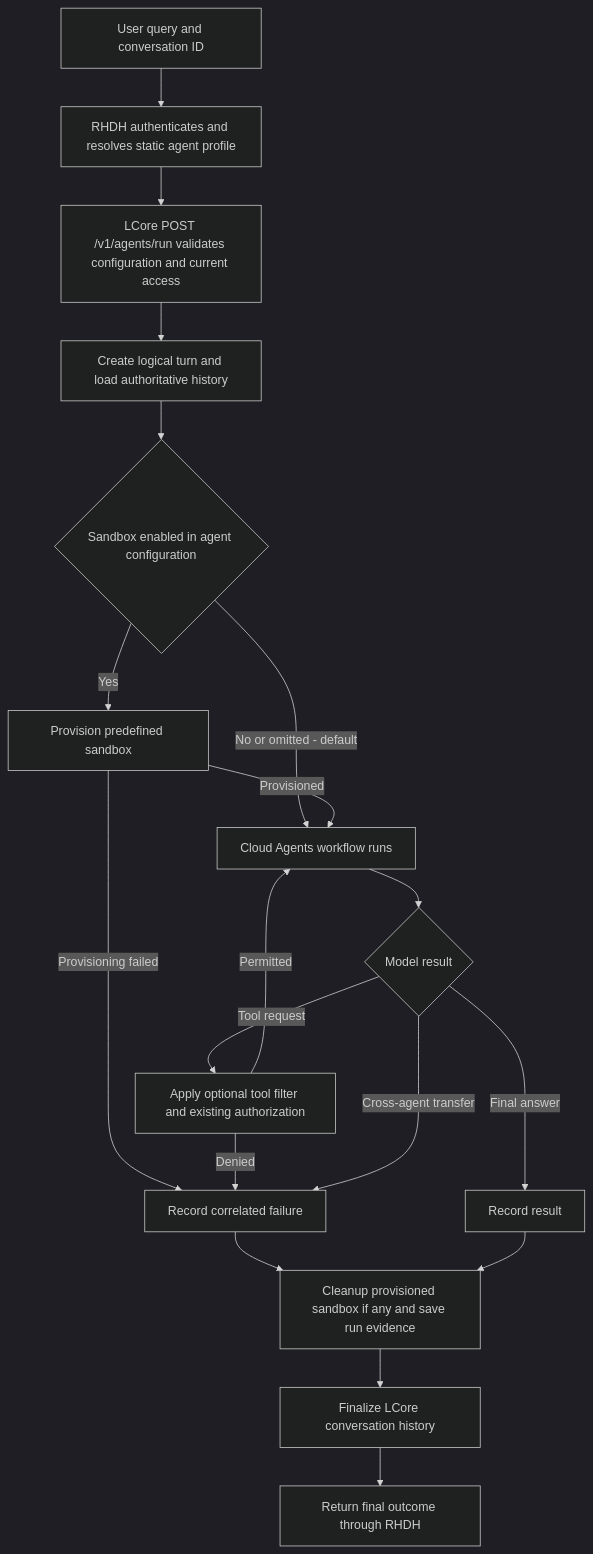
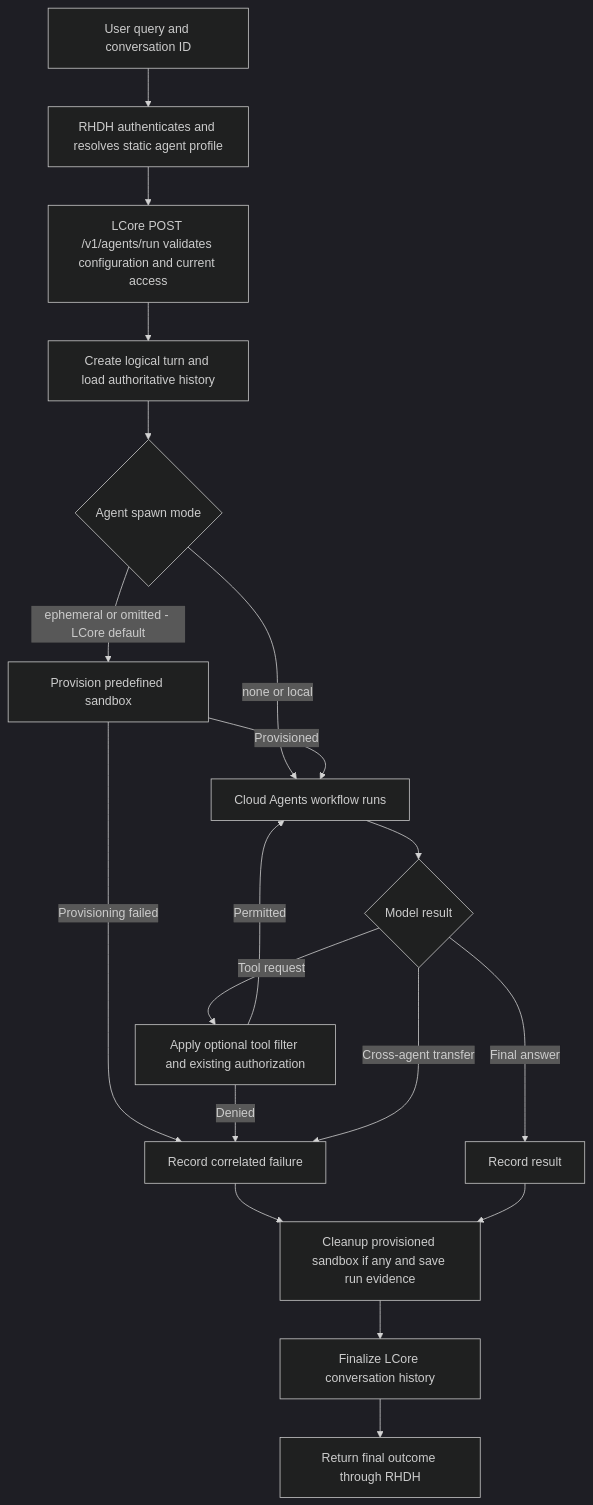
One commit to yangcao77/rhdh-agentic-chat-interface-design changed the diagram in diagrams/single-agent-workflow.md. Above: the diagram before and after it, drawn with Mermaid (dark theme). The commit also changed other lines of this file and 9 other files, not shown here.

Commit message:
update useSandbox to spawn

````diff
--- a/diagrams/single-agent-workflow.md
+++ b/diagrams/single-agent-workflow.md
@@ -3,21 +3,21 @@
 ```mermaid
 flowchart TD
   Q[User query and conversation ID] --> R[RHDH authenticates and resolves static agent profile]
   R --> C[LCore POST /v1/agents/run validates configuration and current access]
   C --> P[Create logical turn and load authoritative history]
-  P --> B{Sandbox enabled in agent configuration}
-  B -->|No or omitted - default| A[Cloud Agents workflow runs]
-  B -->|Yes| S[Provision predefined sandbox]
+  P --> B{Agent spawn mode}
+  B -->|none or local| A[Cloud Agents workflow runs]
+  B -->|ephemeral or omitted - LCore default| S[Provision predefined sandbox]
   S -->|Provisioned| A
   S -->|Provisioning failed| E[Record correlated failure]
   A --> D{Model result}
   D -->|Tool request| T[Apply optional tool filter and existing authorization]
   T -->|Permitted| A
   T -->|Denied| E
   D -->|Cross-agent transfer| E
   D -->|Final answer| F[Record result]
   E --> X[Cleanup provisioned sandbox if any and save run evidence]
   F --> X
   X --> H[Finalize LCore conversation history]
   H --> U[Return final outcome through RHDH]
 ```
````
